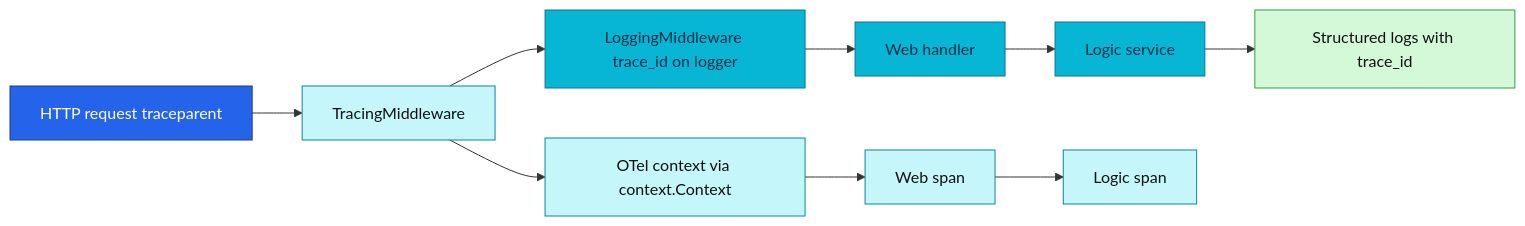
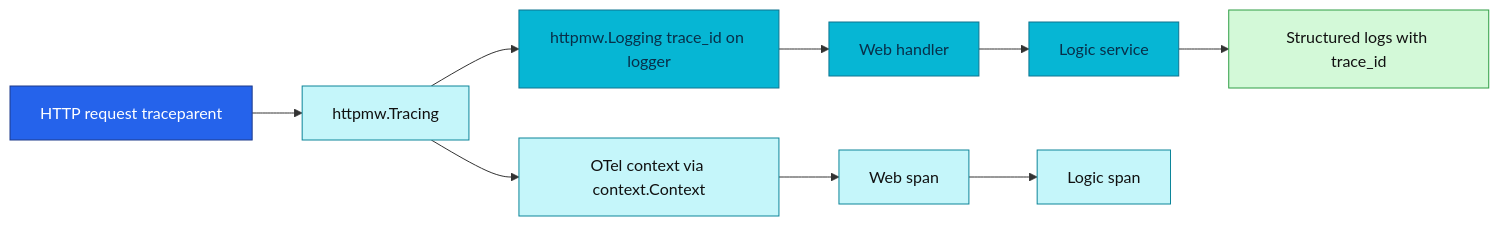
The third of 3 diagrams in docs/api/observability.md (duynhlab/homelab), drawn with Mermaid before and after one commit. The commit also changed other lines of this file and 12 other files, not shown here.

````diff
--- a/docs/api/observability.md
+++ b/docs/api/observability.md
@@ -329,19 +375,19 @@
 ```mermaid
 graph LR
-    A["HTTP request traceparent"] --> B["TracingMiddleware"]
-    B --> C["LoggingMiddleware trace_id on logger"]
+    A["HTTP request traceparent"] --> B["httpmw.Tracing"]
+    B --> C["httpmw.Logging trace_id on logger"]
     C --> D["Web handler"]
     D --> E["Logic service"]
     E --> F["Structured logs with trace_id"]
     B --> G["OTel context via context.Context"]
     G --> H["Web span"]
     H --> I["Logic span"]
     classDef edge fill:#2563eb,color:#fff,stroke:#1e3a8a;
     classDef service fill:#06b6d4,color:#082f49,stroke:#0e7490;
     classDef log fill:#d3f9d8,color:#111,stroke:#2f9e44;
     classDef trace fill:#c5f6fa,color:#111,stroke:#0c8599;
     class A edge;
     class C,D,E service;
     class F log;
     class B,G,H,I trace;
 ```
````
